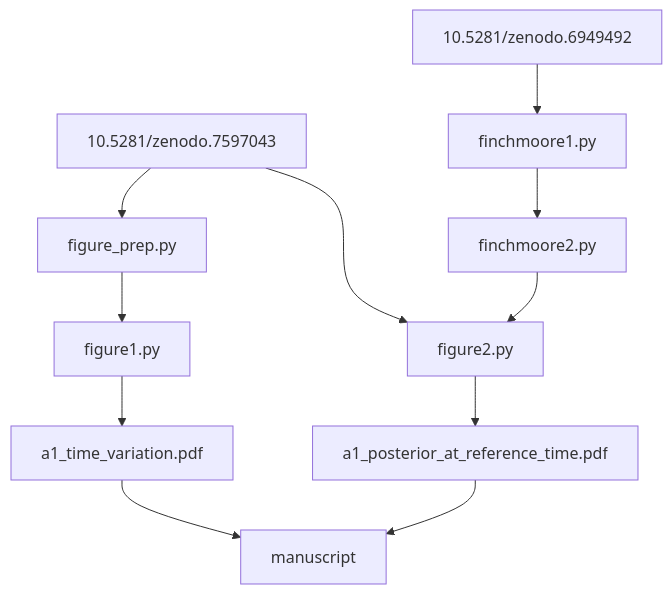
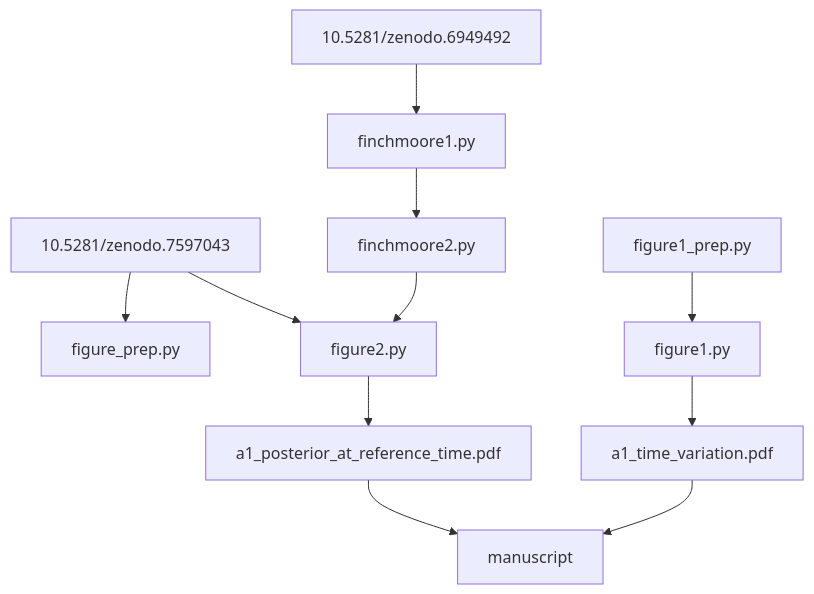
The diagram in src/scripts/README.md (maxisi/gw150914_rd_comment), drawn with Mermaid before and after one commit.

````diff
--- a/src/scripts/README.md
+++ b/src/scripts/README.md
@@ -11,13 +11,13 @@
 ```mermaid
 graph TD;
     10.5281/zenodo.7597043-->figure_prep.py;
-    figure_prep.py-->figure1.py;
+    figure1_prep.py-->figure1.py;
     10.5281/zenodo.7597043-->figure2.py
     10.5281/zenodo.6949492-->finchmoore1.py;
     finchmoore1.py-->finchmoore2.py;
     finchmoore2.py-->figure2.py;
     figure1.py-->a1_time_variation.pdf;
     figure2.py-->a1_posterior_at_reference_time.pdf;
     a1_posterior_at_reference_time.pdf-->manuscript;
     a1_time_variation.pdf-->manuscript;
 ```
````
